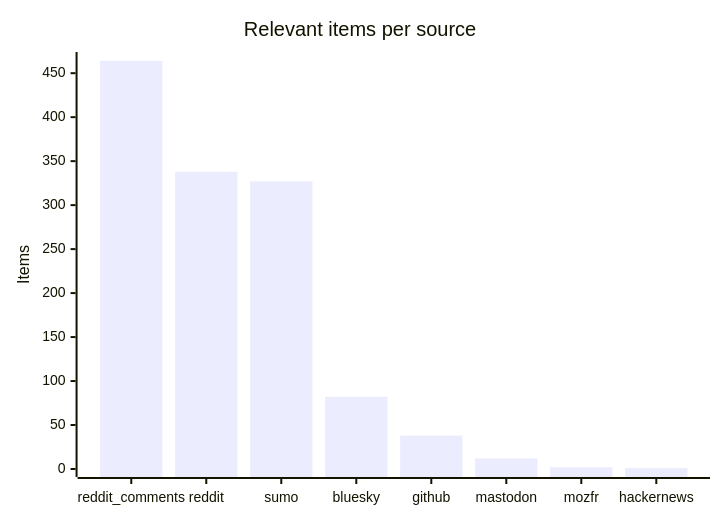
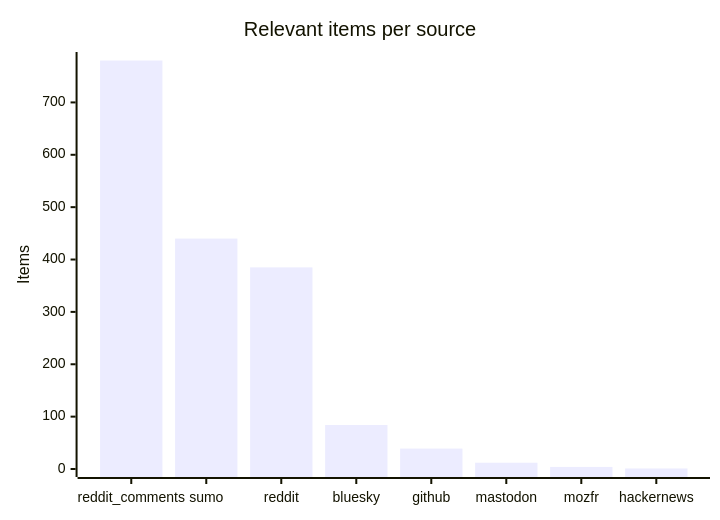
Before and after one commit to martinbalfanz/social-scanner-reports: the third of 4 diagrams in README.md, drawn with Mermaid. The commit also changed other lines of this file and 4 other files, not shown here.

````diff
--- a/README.md
+++ b/README.md
@@ -48,7 +48,7 @@
 ```mermaid
 xychart-beta
     title "Relevant items per source"
-    x-axis ["reddit_comments", "reddit", "sumo", "bluesky", "github", "mastodon", "mozfr", "hackernews"]
-    y-axis "Items" 0 --> 465
-    bar [464, 338, 327, 82, 38, 12, 2, 1]
+    x-axis ["reddit_comments", "sumo", "reddit", "bluesky", "github", "mastodon", "mozfr", "hackernews"]
+    y-axis "Items" 0 --> 781
+    bar [780, 440, 385, 84, 39, 12, 4, 1]
 ```
````
